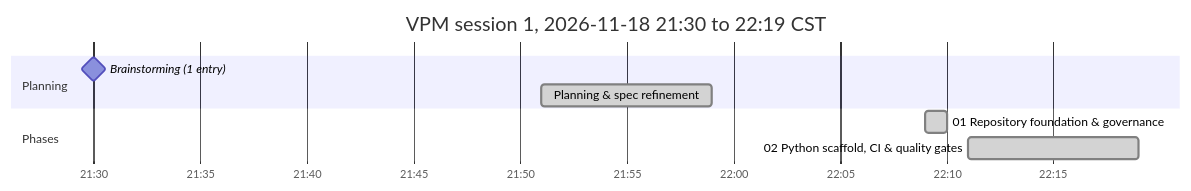
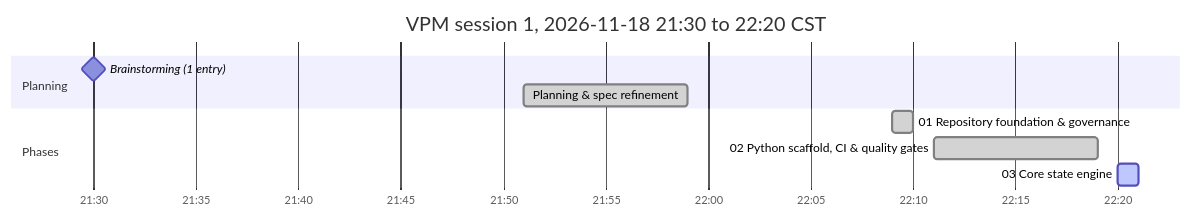
One commit to antonizick/VPNMonitor changed the diagram in VPM_IMPLEMENTATION_PLAN.md. Above: the diagram before and after it, drawn with Mermaid. The commit also changed other lines of this file and 1 other file, not shown here.

Commit message:
docs(plan): refresh timeline

````diff
--- a/VPM_IMPLEMENTATION_PLAN.md
+++ b/VPM_IMPLEMENTATION_PLAN.md
@@ -52,12 +52,13 @@
 ```mermaid
 gantt
-    title VPM session 1, 2026-11-18 21:30 to 22:19 CST
+    title VPM session 1, 2026-11-18 21:30 to 22:20 CST
     dateFormat YYYY-MM-DD HH:mm
     axisFormat %H:%M
     section Planning
     Brainstorming (1 entry) :milestone, bs1, 2026-11-18 21:30, 0m
     Planning & spec refinement :done, p00, 2026-11-18 21:51, 2026-11-18 21:59
     section Phases
     01 Repository foundation & governance :done, p01s1, 2026-11-18 22:09, 2026-11-18 22:10
     02 Python scaffold, CI & quality gates :done, p02s1, 2026-11-18 22:11, 2026-11-18 22:19
+    03 Core state engine :active, p03s1, 2026-11-18 22:20, 2026-11-18 22:21
 ```
````
